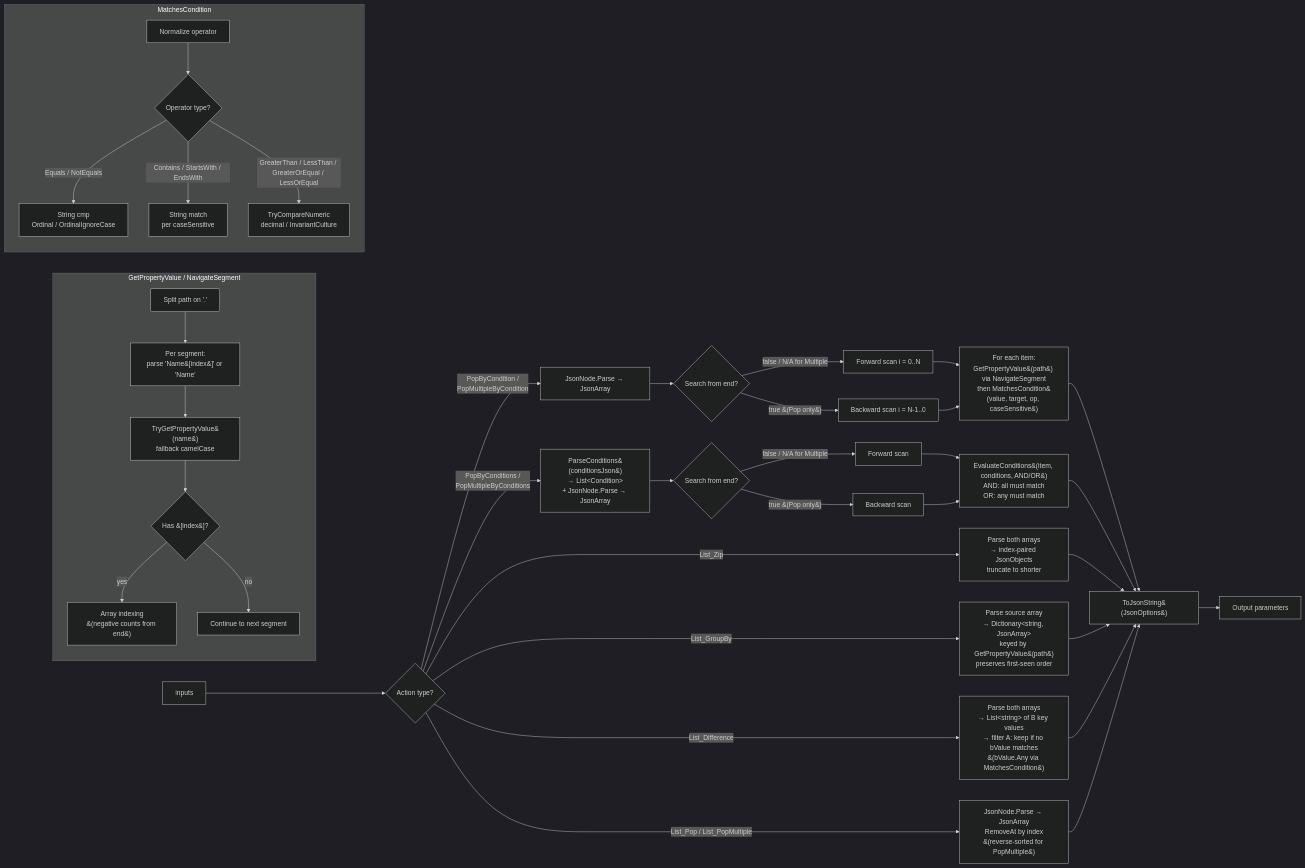
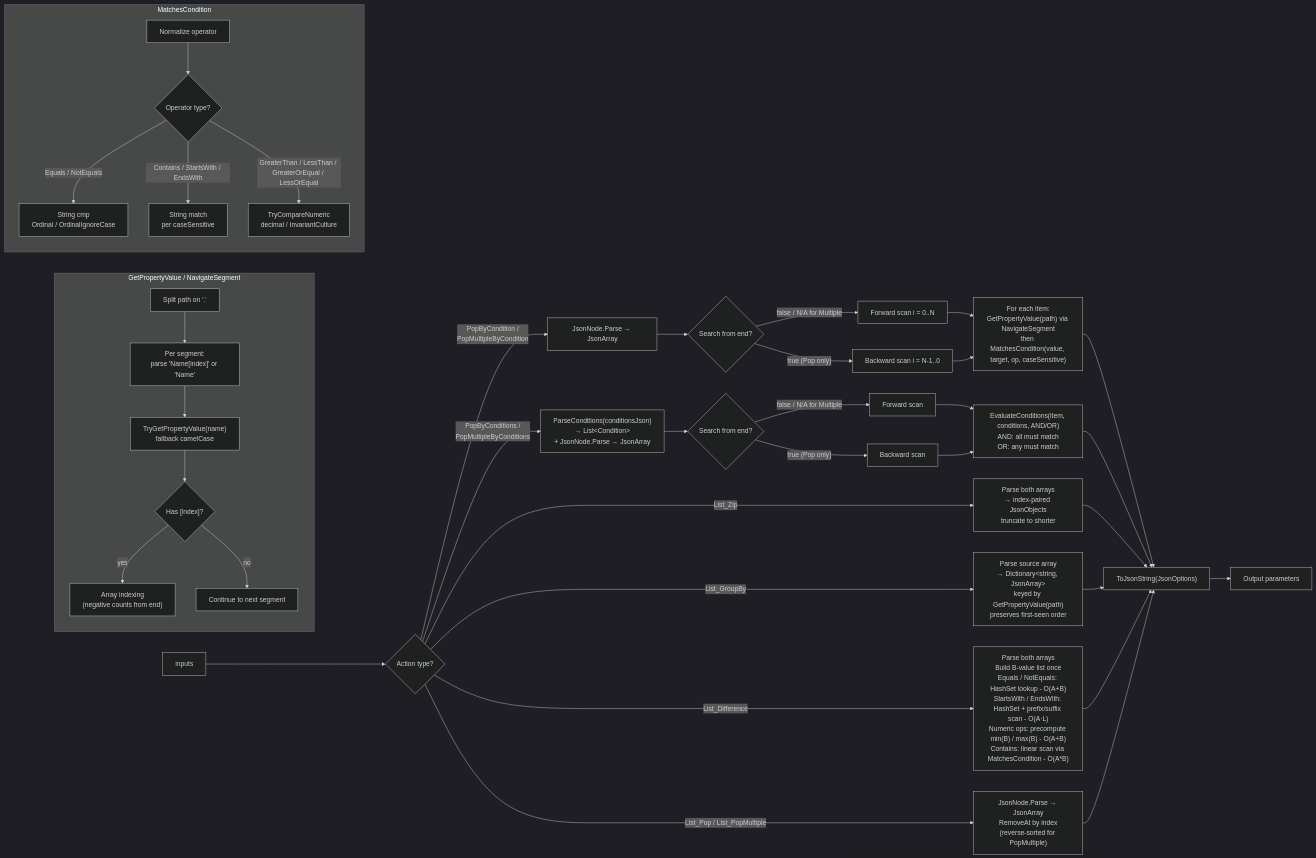
The diagram in ARCHITECTURE.md (alex-cres/OSListUtilsServerSide), drawn with Mermaid (dark theme) before and after one commit. The commit also changed other lines of this file and 10 other files, not shown here.

````diff
--- a/ARCHITECTURE.md
+++ b/ARCHITECTURE.md
@@ -68,52 +68,52 @@
 ```mermaid
 flowchart LR
     In[inputs] --> Type{Action type?}
 
-    Type -->|List_Pop / List_PopMultiple| IndexOp[JsonNode.Parse → JsonArray<br/>RemoveAt by index<br/>&#40;reverse-sorted for PopMultiple&#41;]
+    Type -->|List_Pop / List_PopMultiple| IndexOp["JsonNode.Parse → JsonArray<br/>RemoveAt by index<br/>(reverse-sorted for PopMultiple)"]
 
     Type -->|PopByCondition /<br/>PopMultipleByCondition| ParseSingle[JsonNode.Parse → JsonArray]
     ParseSingle --> SingleScan{Search from end?}
-    SingleScan -->|false / N/A for Multiple| ScanFwd[Forward scan i = 0..N]
-    SingleScan -->|true &#40;Pop only&#41;| ScanBwd[Backward scan i = N-1..0]
-    ScanFwd --> Eval1[For each item:<br/>GetPropertyValue&#40;path&#41; via NavigateSegment<br/>then MatchesCondition&#40;value, target, op, caseSensitive&#41;]
+    SingleScan -->|"false / N/A for Multiple"| ScanFwd[Forward scan i = 0..N]
+    SingleScan -->|"true (Pop only)"| ScanBwd[Backward scan i = N-1..0]
+    ScanFwd --> Eval1["For each item:<br/>GetPropertyValue(path) via NavigateSegment<br/>then MatchesCondition(value, target, op, caseSensitive)"]
     ScanBwd --> Eval1
 
-    Type -->|PopByConditions /<br/>PopMultipleByConditions| ParseMulti[ParseConditions&#40;conditionsJson&#41;<br/>→ List&lt;Condition&gt;<br/>+ JsonNode.Parse → JsonArray]
+    Type -->|PopByConditions /<br/>PopMultipleByConditions| ParseMulti["ParseConditions(conditionsJson)<br/>→ List&lt;Condition&gt;<br/>+ JsonNode.Parse → JsonArray"]
     ParseMulti --> MultiScan{Search from end?}
-    MultiScan -->|false / N/A for Multiple| ScanFwdM[Forward scan]
-    MultiScan -->|true &#40;Pop only&#41;| ScanBwdM[Backward scan]
-    ScanFwdM --> Eval2[EvaluateConditions&#40;item, conditions, AND/OR&#41;<br/>AND: all must match<br/>OR: any must match]
+    MultiScan -->|"false / N/A for Multiple"| ScanFwdM[Forward scan]
+    MultiScan -->|"true (Pop only)"| ScanBwdM[Backward scan]
+    ScanFwdM --> Eval2["EvaluateConditions(item, conditions, AND/OR)<br/>AND: all must match<br/>OR: any must match"]
     ScanBwdM --> Eval2
 
     Type -->|List_Zip| Zip[Parse both arrays<br/>→ index-paired JsonObjects<br/>truncate to shorter]
 
-    Type -->|List_GroupBy| GroupBy[Parse source array<br/>→ Dictionary&lt;string, JsonArray&gt;<br/>keyed by GetPropertyValue&#40;path&#41;<br/>preserves first-seen order]
+    Type -->|List_GroupBy| GroupBy["Parse source array<br/>→ Dictionary&lt;string, JsonArray&gt;<br/>keyed by GetPropertyValue(path)<br/>preserves first-seen order"]
 
-    Type -->|List_Difference| Diff[Parse both arrays<br/>→ List&lt;string&gt; of B key values<br/>→ filter A: keep if no bValue matches<br/>&#40;bValue.Any via MatchesCondition&#41;]
+    Type -->|List_Difference| Diff["Parse both arrays<br/>Build B-value list once<br/>Equals / NotEquals: HashSet lookup - O(A+B)<br/>StartsWith / EndsWith: HashSet + prefix/suffix scan - O(A·L)<br/>Numeric ops: precompute min(B) / max(B) - O(A+B)<br/>Contains: linear scan via MatchesCondition - O(A*B)"]
 
-    Eval1 --> Serialize[ToJsonString&#40;JsonOptions&#41;]
+    Eval1 --> Serialize["ToJsonString(JsonOptions)"]
     Eval2 --> Serialize
     Zip --> Serialize
     GroupBy --> Serialize
     Diff --> Serialize
     IndexOp --> Serialize
 
     Serialize --> Out[Output parameters]
 
     subgraph PathNav[GetPropertyValue / NavigateSegment]
         direction TB
-        Path[Split path on '.'] --> Seg[Per segment:<br/>parse 'Name&#91;index&#93;' or 'Name']
-        Seg --> Prop[TryGetPropertyValue&#40;name&#41;<br/>fallback camelCase]
-        Prop --> Idx{Has &#91;index&#93;?}
-        Idx -->|yes| Arr[Array indexing<br/>&#40;negative counts from end&#41;]
+        Path["Split path on '.'"] --> Seg["Per segment:<br/>parse 'Name[index]' or 'Name'"]
+        Seg --> Prop["TryGetPropertyValue(name)<br/>fallback camelCase"]
+        Prop --> Idx{"Has [index]?"}
+        Idx -->|yes| Arr["Array indexing<br/>(negative counts from end)"]
         Idx -->|no| Next[Continue to next segment]
     end
 
     subgraph OpMatch[MatchesCondition]
         direction TB
         Op[Normalize operator] --> Cmp{Operator type?}
         Cmp -->|Equals / NotEquals| StrEq[String cmp<br/>Ordinal / OrdinalIgnoreCase]
         Cmp -->|Contains / StartsWith / EndsWith| StrPat[String match<br/>per caseSensitive]
         Cmp -->|GreaterThan / LessThan / GreaterOrEqual / LessOrEqual| Num[TryCompareNumeric<br/>decimal / InvariantCulture]
     end
 ```
````
